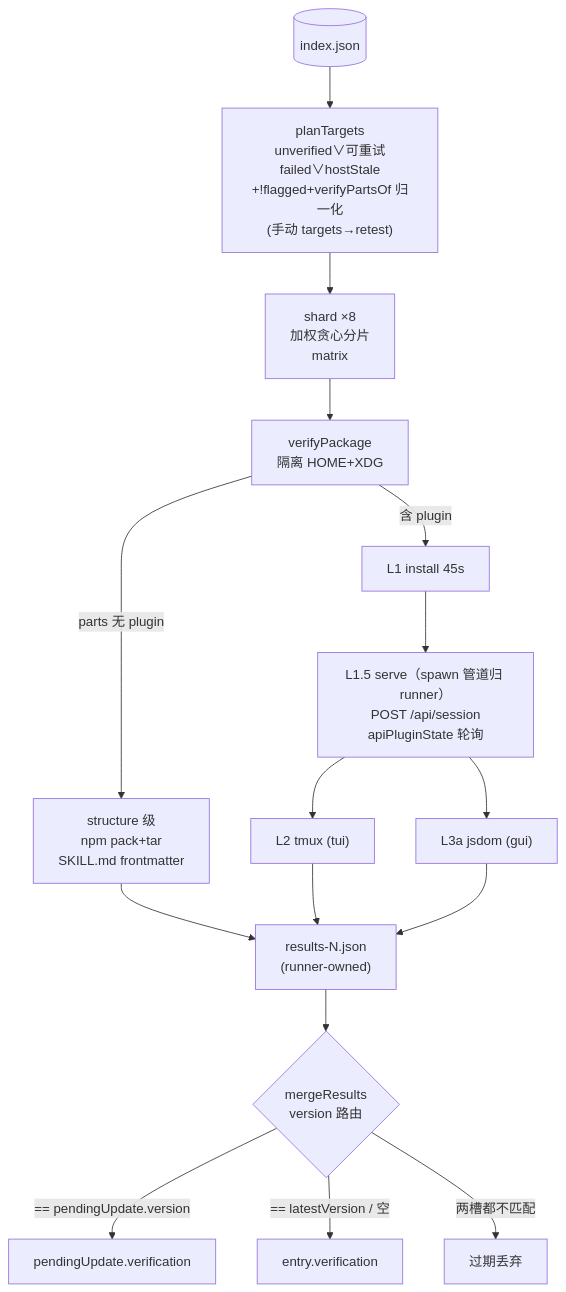
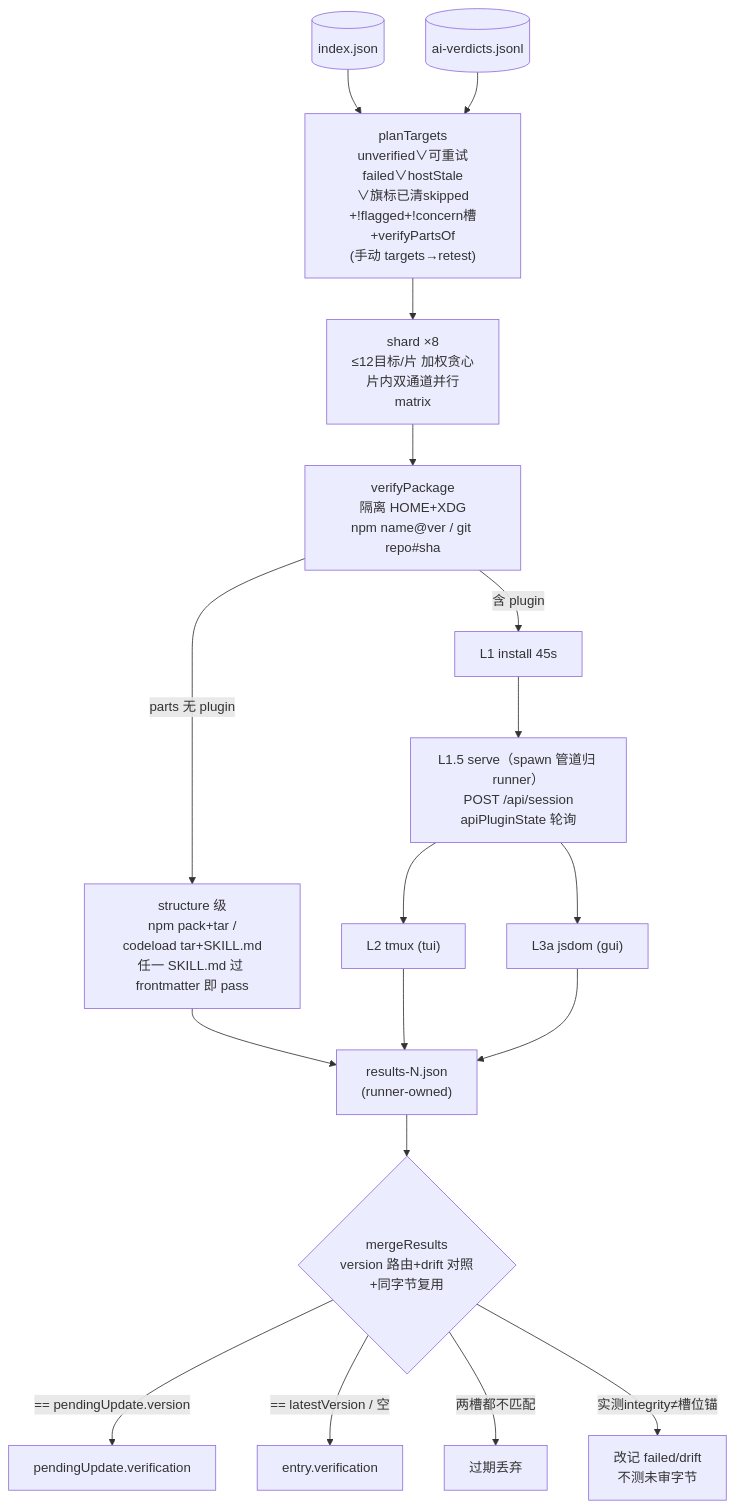
The fourth of 11 diagrams in docs/DATA-FLOWS.md (awesome-market/awesome-opencode-market), drawn with Mermaid before and after one commit. The commit also changed other lines of this file and 12 other files, not shown here.

````diff
--- a/docs/DATA-FLOWS.md
+++ b/docs/DATA-FLOWS.md
@@ -474,18 +475,20 @@
 ```mermaid
 flowchart TB
-  IDX[("index.json")] --> P["planTargets<br/>unverified∨可重试failed∨hostStale<br/>+!flagged+verifyPartsOf 归一化<br/>(手动 targets→retest)"]
-  P --> SH["shard ×8<br/>加权贪心分片<br/>matrix"]
-  SH --> VP["verifyPackage<br/>隔离 HOME+XDG"]
-  VP -->|"parts 无 plugin"| ST["structure 级<br/>npm pack+tar<br/>SKILL.md frontmatter"]
+  IDX[("index.json")] --> P["planTargets<br/>unverified∨可重试failed∨hostStale<br/>∨旗标已清skipped<br/>+!flagged+!concern槽+verifyPartsOf<br/>(手动 targets→retest)"]
+  AV[("ai-verdicts.jsonl")] --> P
+  P --> SH["shard ×8<br/>≤12目标/片 加权贪心<br/>片内双通道并行<br/>matrix"]
+  SH --> VP["verifyPackage<br/>隔离 HOME+XDG<br/>npm name@ver / git repo#sha"]
+  VP -->|"parts 无 plugin"| ST["structure 级<br/>npm pack+tar /<br/>codeload tar+SKILL.md<br/>任一 SKILL.md 过 frontmatter 即 pass"]
   VP -->|"含 plugin"| L1["L1 install 45s"]
   ST --> RS
   L1 --> L15["L1.5 serve（spawn 管道归 runner）<br/>POST /api/session<br/>apiPluginState 轮询"]
   L15 --> L2["L2 tmux (tui)"]
   L15 --> L3["L3a jsdom (gui)"]
   L2 --> RS["results-N.json<br/>(runner-owned)"]
   L3 --> RS
-  RS --> M{"mergeResults<br/>version 路由"}
+  RS --> M{"mergeResults<br/>version 路由+drift 对照<br/>+同字节复用"}
   M -->|"== pendingUpdate.version"| PUS["pendingUpdate.verification"]
   M -->|"== latestVersion / 空"| DVS["entry.verification"]
   M -->|"两槽都不匹配"| DR["过期丢弃"]
+  M -->|"实测integrity≠槽位锚"| DFT["改记 failed/drift<br/>不测未审字节"]
 ```
````
